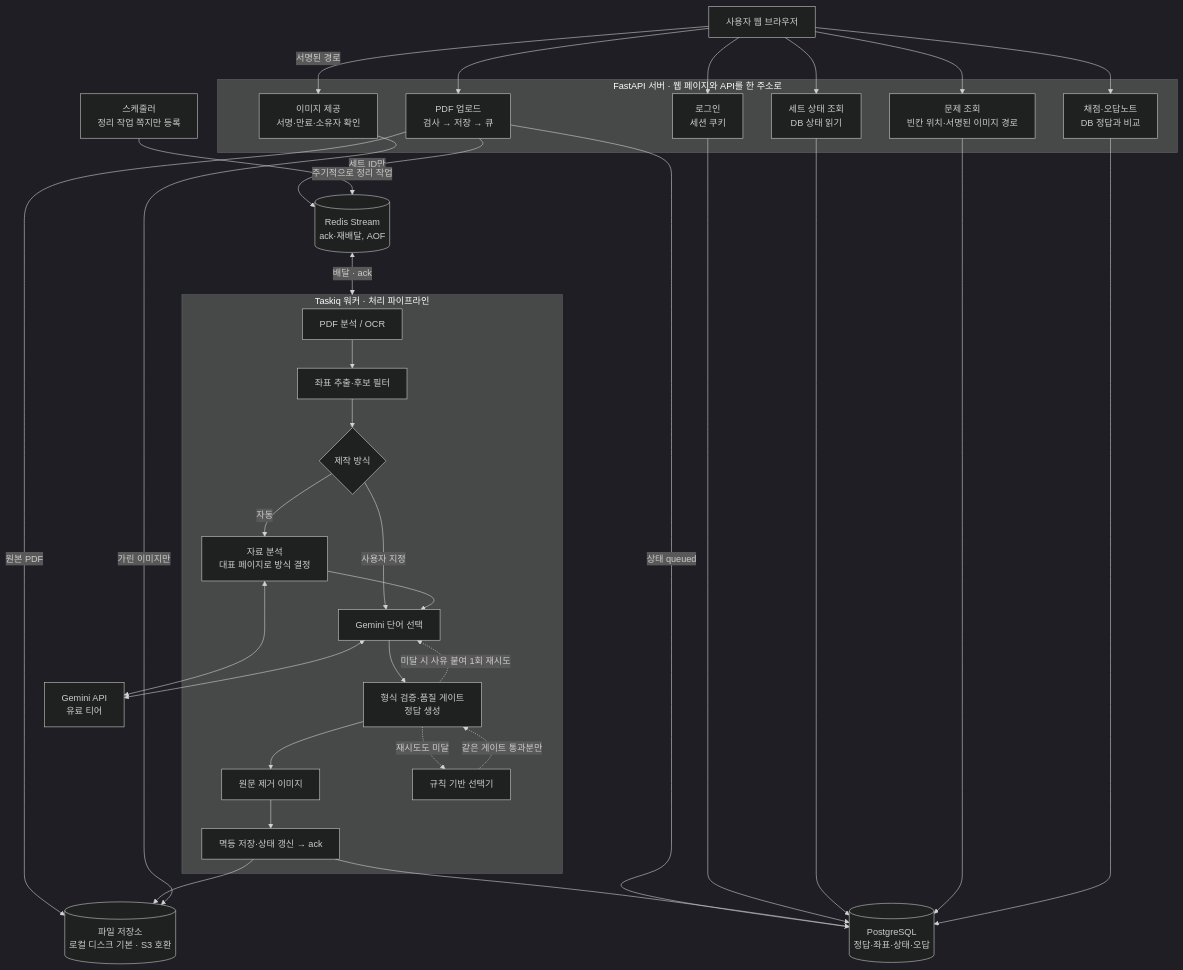
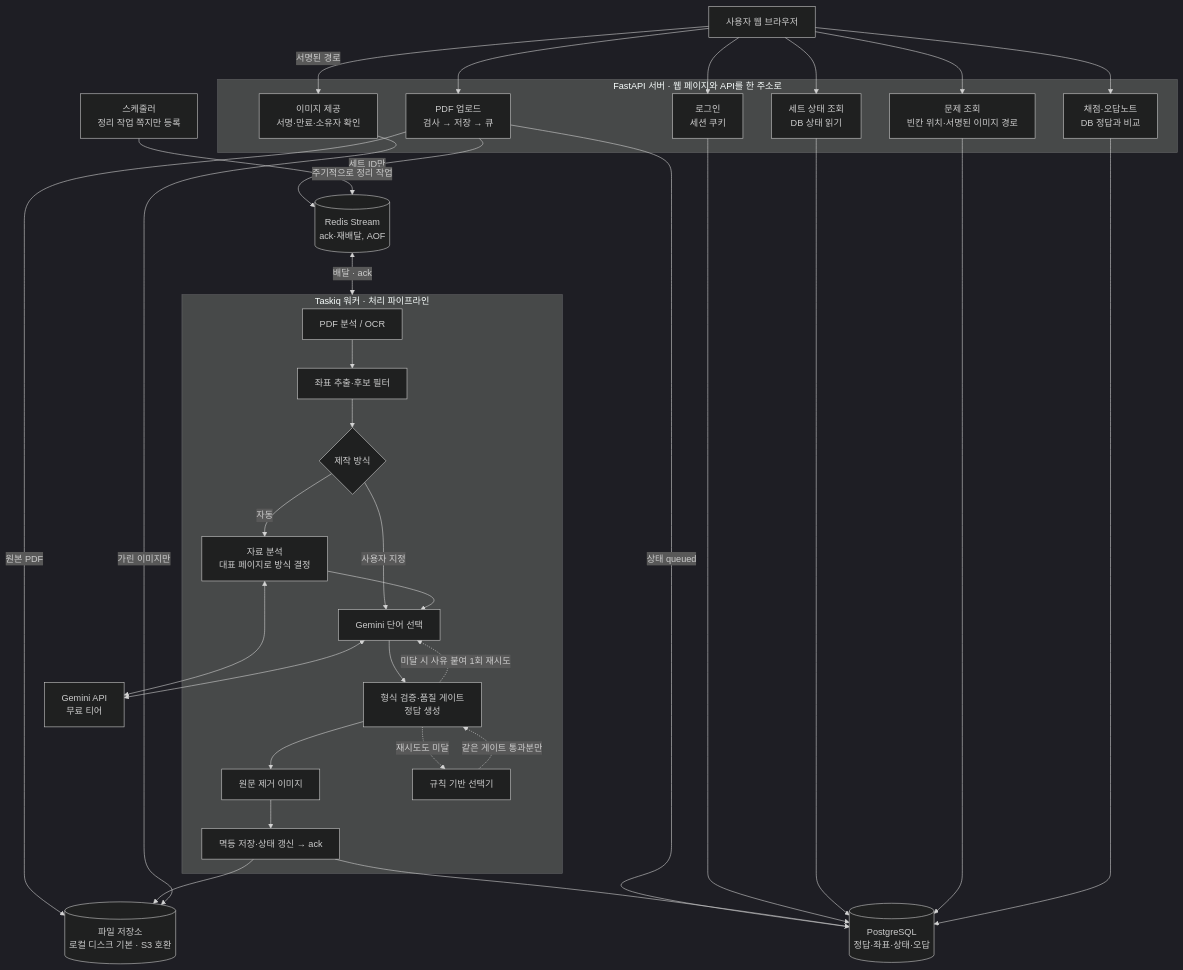
One commit to best-vibing/cloze changed the diagram in docs/architecture.md. Above: the diagram before and after it, drawn with Mermaid (dark theme). The commit also changed other lines of this file and 1 other file, not shown here.

Commit message:
docs: 리뷰 반영 - 해설서 1.5절 줄바꿈 복구, 정할 것 표 행 복구, #81 반영 표시, Gemini 무료 티어

````diff
--- a/docs/architecture.md
+++ b/docs/architecture.md
@@ -65,50 +65,50 @@
 ```mermaid
 flowchart TB
     B[사용자 웹 브라우저]
 
     subgraph API[FastAPI 서버 · 웹 페이지와 API를 한 주소로]
         L[로그인<br/>세션 쿠키]
         U[PDF 업로드<br/>검사 → 저장 → 큐]
         S[세트 상태 조회<br/>DB 상태 읽기]
         Q[문제 조회<br/>빈칸 위치·서명된 이미지 경로]
         G[채점·오답노트<br/>DB 정답과 비교]
         I[이미지 제공<br/>서명·만료·소유자 확인]
     end
 
     R[(Redis Stream<br/>ack·재배달, AOF)]
     OS[(파일 저장소<br/>로컬 디스크 기본 · S3 호환)]
     PG[(PostgreSQL<br/>정답·좌표·상태·오답)]
-    GM[Gemini API<br/>유료 티어]
+    GM[Gemini API<br/>무료 티어]
     SC[스케줄러<br/>정리 작업 쪽지만 등록]
 
     subgraph W[Taskiq 워커 · 처리 파이프라인]
         P1[PDF 분석 / OCR] --> P2[좌표 추출·후보 필터]
         P2 --> PA{제작 방식}
         PA -->|자동| P2A[자료 분석<br/>대표 페이지로 방식 결정]
         PA -->|사용자 지정| P3
         P2A --> P3[Gemini 단어 선택]
         P3 --> P4[형식 검증·품질 게이트<br/>정답 생성]
         P4 --> P5[원문 제거 이미지]
         P5 --> P6[멱등 저장·상태 갱신 → ack]
         P4 -. 미달 시 사유 붙여 1회 재시도 .-> P3
         P4 -. 재시도도 미달 .-> FB[규칙 기반 선택기]
         FB -. 같은 게이트 통과분만 .-> P4
     end
 
     B --> L & U & S & Q & G
     U -->|원본 PDF| OS
     U -->|상태 queued| PG
     U -->|세트 ID만| R
     SC -->|주기적으로 정리 작업| R
     R <-->|배달 · ack| W
     P2A <--> GM
     P3 <--> GM
     P6 --> PG
     P6 --> OS
     L --> PG
     S --> PG
     Q --> PG
     G --> PG
     B -->|서명된 경로| I
     I -->|가린 이미지만| OS
 ```
````
